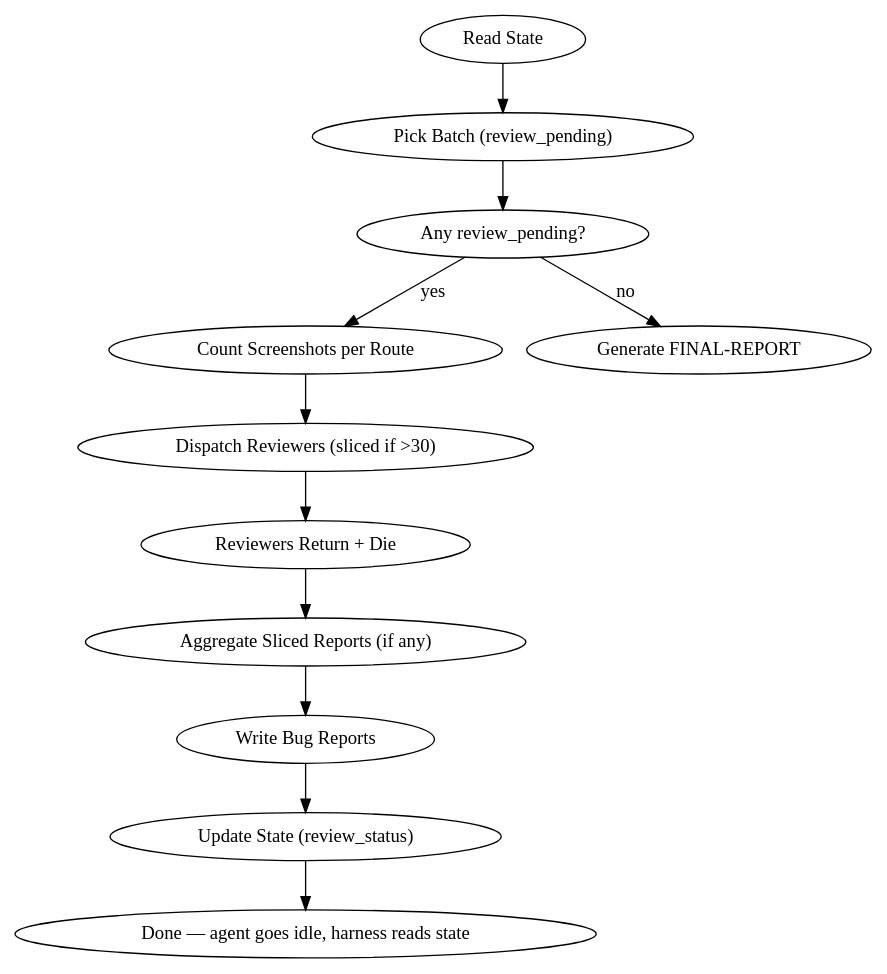
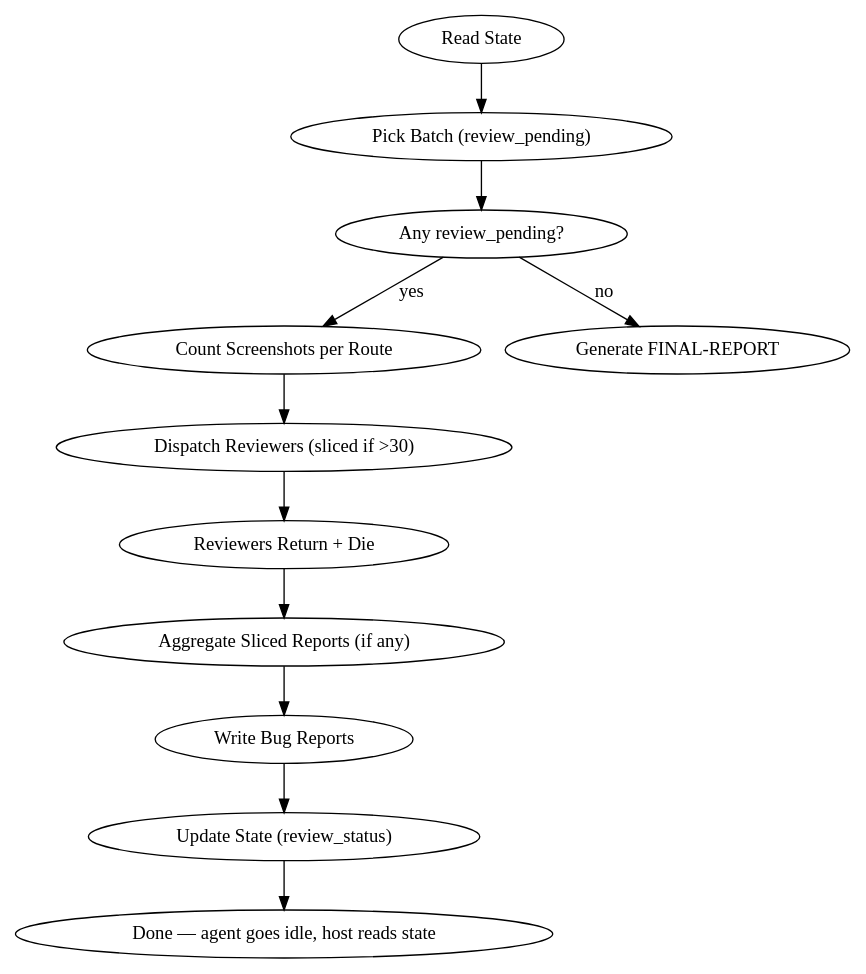
The third of 3 diagrams in SKILL.md (visual-z/agent-test), drawn with Graphviz before and after one commit. The commit also changed other lines of this file and 5 other files, not shown here.

````diff
--- a/SKILL.md
+++ b/SKILL.md
@@ -314,14 +308,14 @@
 ```dot
 digraph review_iteration {
     "Read State" -> "Pick Batch (review_pending)";
     "Pick Batch (review_pending)" -> "Any review_pending?";
     "Any review_pending?" -> "Count Screenshots per Route" [label="yes"];
     "Any review_pending?" -> "Generate FINAL-REPORT" [label="no"];
     "Count Screenshots per Route" -> "Dispatch Reviewers (sliced if >30)";
     "Dispatch Reviewers (sliced if >30)" -> "Reviewers Return + Die";
     "Reviewers Return + Die" -> "Aggregate Sliced Reports (if any)";
     "Aggregate Sliced Reports (if any)" -> "Write Bug Reports";
     "Write Bug Reports" -> "Update State (review_status)";
-    "Update State (review_status)" -> "Done — agent goes idle, harness reads state";
+    "Update State (review_status)" -> "Done — agent goes idle, host reads state";
 }
 ```
````
